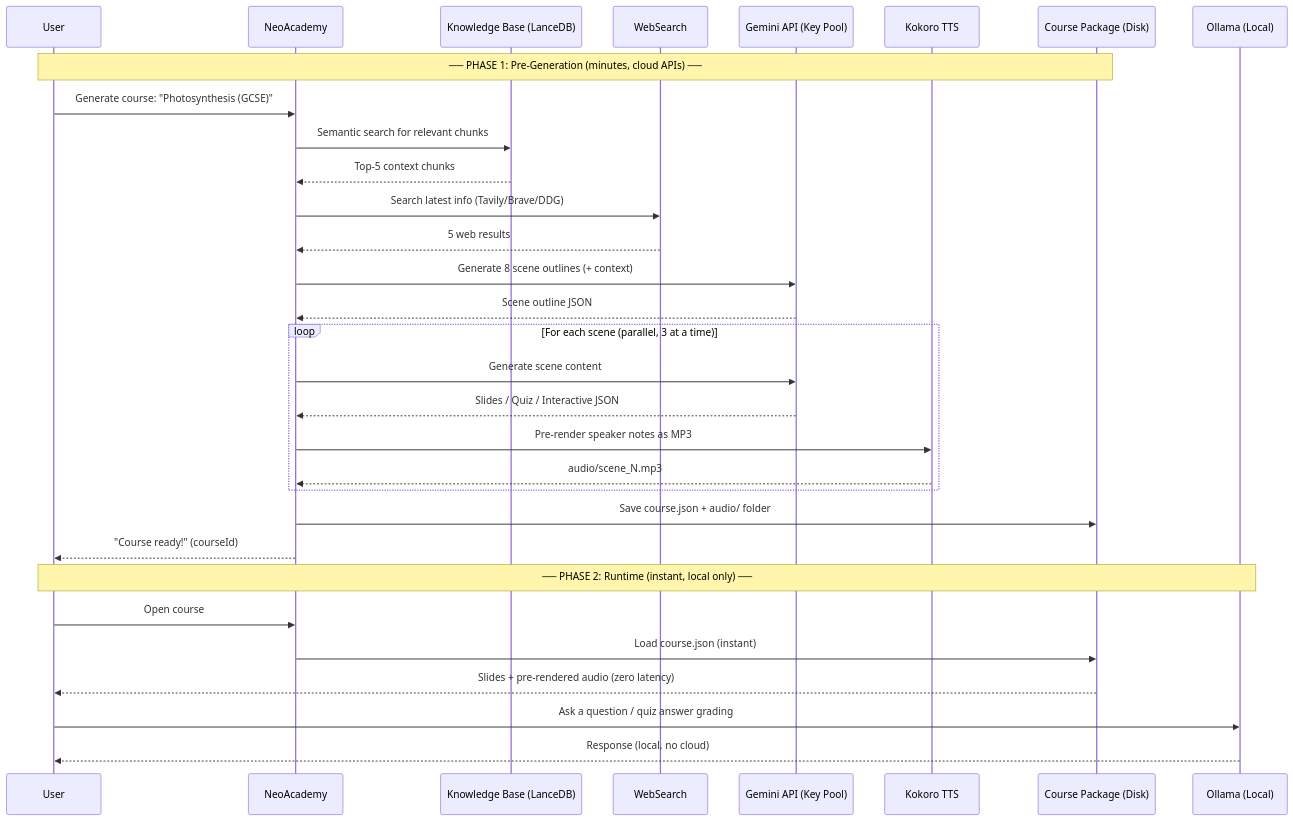
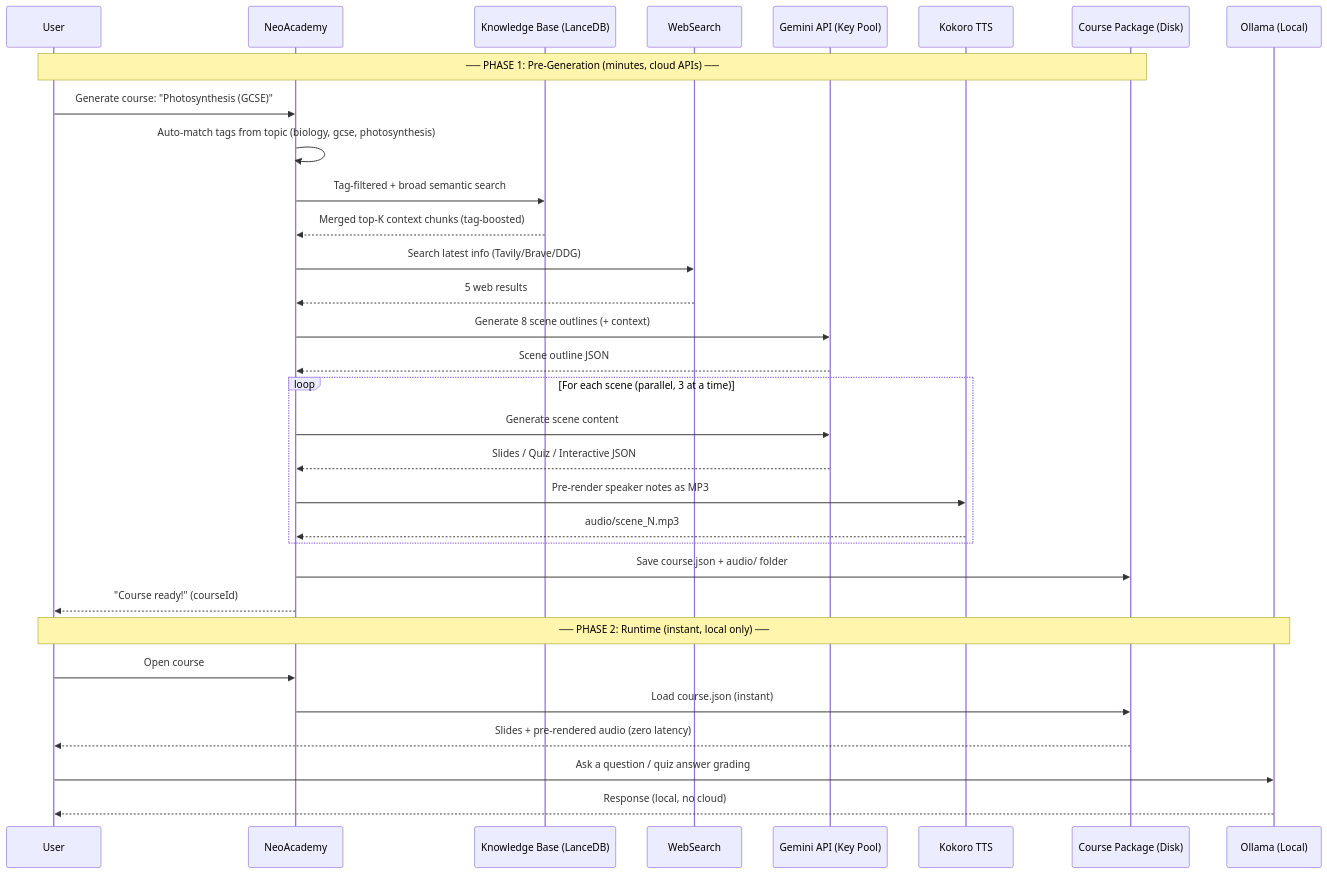
The second of 3 diagrams in README.md (gargravish/NeoAcademy), drawn with Mermaid before and after one commit. The commit also changed other lines of this file and 11 other files, not shown here.

First line of the commit message:
feat: add knowledge base tagging, global docs, and auto-fetch during generation

````diff
--- a/README.md
+++ b/README.md
@@ -93,37 +93,38 @@
 ```mermaid
 sequenceDiagram
     participant User
     participant NeoAcademy
     participant KnowledgeBase as Knowledge Base (LanceDB)
     participant WebSearch
     participant Gemini as Gemini API (Key Pool)
     participant KokoroTTS as Kokoro TTS
     participant Disk as Course Package (Disk)
     participant Ollama as Ollama (Local)
 
     Note over User,Disk: ── PHASE 1: Pre-Generation (minutes, cloud APIs) ──
 
     User->>NeoAcademy: Generate course: "Photosynthesis (GCSE)"
-    NeoAcademy->>KnowledgeBase: Semantic search for relevant chunks
-    KnowledgeBase-->>NeoAcademy: Top-5 context chunks
+    NeoAcademy->>NeoAcademy: Auto-match tags from topic (biology, gcse, photosynthesis)
+    NeoAcademy->>KnowledgeBase: Tag-filtered + broad semantic search
+    KnowledgeBase-->>NeoAcademy: Merged top-K context chunks (tag-boosted)
     NeoAcademy->>WebSearch: Search latest info (Tavily/Brave/DDG)
     WebSearch-->>NeoAcademy: 5 web results
     NeoAcademy->>Gemini: Generate 8 scene outlines (+ context)
     Gemini-->>NeoAcademy: Scene outline JSON
     loop For each scene (parallel, 3 at a time)
         NeoAcademy->>Gemini: Generate scene content
         Gemini-->>NeoAcademy: Slides / Quiz / Interactive JSON
         NeoAcademy->>KokoroTTS: Pre-render speaker notes as MP3
         KokoroTTS-->>NeoAcademy: audio/scene_N.mp3
     end
     NeoAcademy->>Disk: Save course.json + audio/ folder
     NeoAcademy-->>User: "Course ready!" (courseId)
 
     Note over User,Ollama: ── PHASE 2: Runtime (instant, local only) ──
 
     User->>NeoAcademy: Open course
     NeoAcademy->>Disk: Load course.json (instant)
     Disk-->>User: Slides + pre-rendered audio (zero latency)
     User->>Ollama: Ask a question / quiz answer grading
     Ollama-->>User: Response (local, no cloud)
 ```
````
